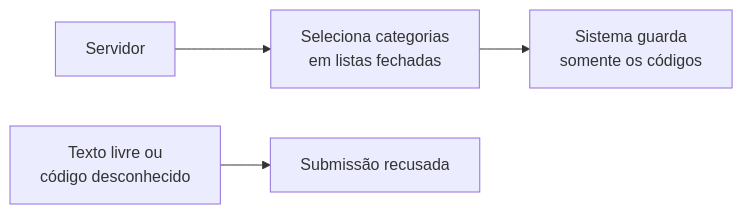
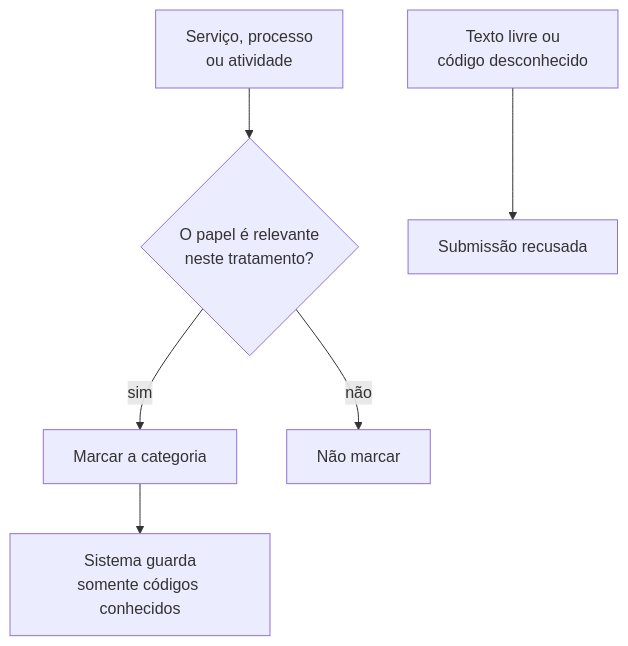
Diagram 14 of 30 in README.md (ailtonfv/governanca-lgpd-hortolandia), drawn with Mermaid before and after one commit. The commit also changed other lines of this file and 24 other files, not shown here.

````diff
--- a/README.md
+++ b/README.md
@@ -625,6 +667,8 @@
 ```mermaid
-flowchart LR
-    S["Servidor"] --> E["Seleciona categorias<br/>em listas fechadas"]
-    E --> C["Sistema guarda<br/>somente os códigos"]
-    L["Texto livre ou<br/>código desconhecido"] --> R["Submissão recusada"]
+flowchart TD
+    O["Serviço, processo<br/>ou atividade"] --> P{"O papel é relevante<br/>neste tratamento?"}
+    P -- "sim" --> M["Marcar a categoria"]
+    P -- "não" --> N["Não marcar"]
+    M --> C["Sistema guarda<br/>somente códigos conhecidos"]
+    X["Texto livre ou<br/>código desconhecido"] --> R["Submissão recusada"]
 ```
````
